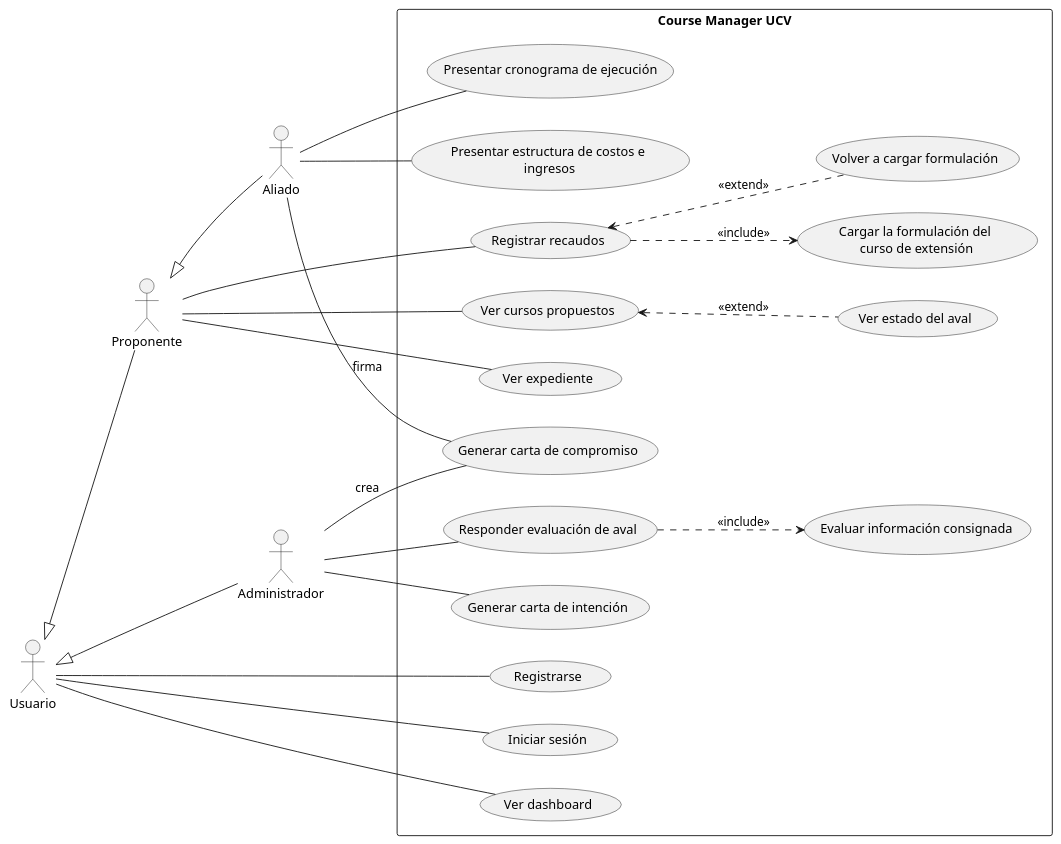
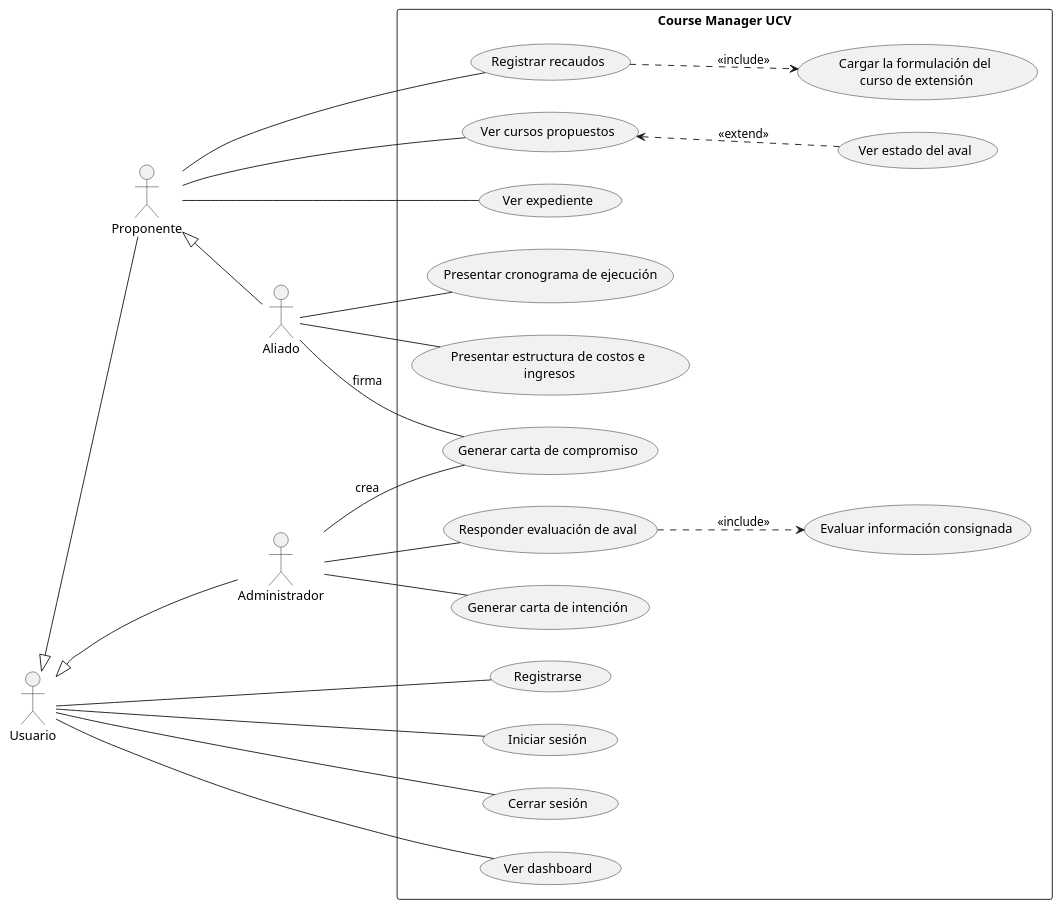
The diagram in docs/scenariosView/DisciplinaDeRequisitosDiagramaDeCasosDeUso.plantuml (Samantha-Ramirez/ProyectoEquipo7ING), drawn with PlantUML before and after one commit. The commit also changed 13 other files, not shown here.

Commit message:
Version final Disciplina de requisitos 2206

```diff
--- a/docs/scenariosView/DisciplinaDeRequisitosDiagramaDeCasosDeUso.plantuml
+++ b/docs/scenariosView/DisciplinaDeRequisitosDiagramaDeCasosDeUso.plantuml
@@ -1,62 +1,64 @@
-@startuml DiagramaDeCasosDeUso
+@startuml DisciplinaDeRequisitosDiagramaDeCasosDeUso
 
 'ACTORES PRIMARIOS
 actor :Usuario: as Men1
 actor :Proponente: as Men2
 actor :Administrador: as Men3
 actor :Aliado: as Men4
 
 Men1 <|-- Men2
 Men1 <|-- Men3
 Men2 <|-- Men4
 left to right direction
 
 'INICIO DEL LIMITE
 rectangle "Course Manager UCV"{
 (Registrarse) as (UC1)
 (Iniciar sesión) as (UC14)
+(Cerrar sesión) as (UC15)
 
 
 (Registrar recaudos) as (UC3)
 (Ver cursos propuestos) as (UC4)
 (Ver estado del aval) as (UC12)
 (Ver expediente) as (UC11)
 
 'CASO INCLUDE
 (Cargar la formulación del\n curso de extensión) as (UC5)
 
 (Ver dashboard) as (UC2)
 
 'CASO EXTEND
-(Volver a cargar formulación) as (UCE1)
+'(Volver a cargar formulación) as (UCE1)
 
 (Evaluar información consignada) as (UC6)
 (Responder evaluación de aval) as (UC7)
 (Generar carta de intención) as (UC8)
 (Generar carta de compromiso) as (UC13)
 
 (Presentar cronograma de ejecución) as (UC9)
 (Presentar estructura de costos e\n ingresos) as (UC10)
 }
 
 Men1 -- UC1
 Men1 -- UC14
+Men1 -- UC15
 Men1 -- UC2
 
 Men2 -- UC3
 Men2 -- UC4
 UC4 <.. UC12: <<extend>>
 Men2 -- UC11
 UC3 ..> UC5  : <<include>>
-UC3 <.. UCE1 : <<extend>>
+'UC3 <.. UCE1 : <<extend>>
 
 Men3 -- UC7
 UC7 ..> UC6  : <<include>>
 Men3 -- UC8
 Men3 --UC13 : crea
 
 Men4 -- UC9
 Men4 -- UC10
 Men4 -- UC13 : firma
 
 @enduml
```
